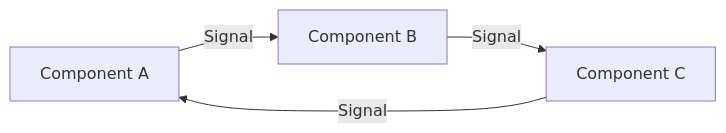
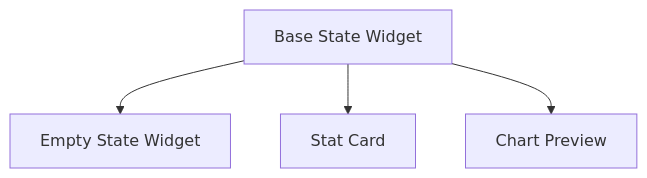
One commit to LinkesAuge/ChestBuddy changed the third of 7 diagrams in memory-bank/systemPatterns.md. Above: the diagram before and after it, drawn with Mermaid. The commit also changed other lines of this file, not shown here.

Commit message:
Update systemPatterns.md with UI component patterns

````diff
--- a/memory-bank/systemPatterns.md
+++ b/memory-bank/systemPatterns.md
@@ -119,6 +63,11 @@
 ```mermaid
-graph LR
-    A[Component A] -- Signal --> B[Component B]
-    B -- Signal --> C[Component C]
-    C -- Signal --> A
+graph TD
+    BaseStateWidget[Base State Widget]
+    EmptyStateWidget[Empty State Widget]
+    StatCard[Stat Card]
+    ChartPreview[Chart Preview]
+    
+    BaseStateWidget --> EmptyStateWidget
+    BaseStateWidget --> StatCard
+    BaseStateWidget --> ChartPreview
 ```
````
